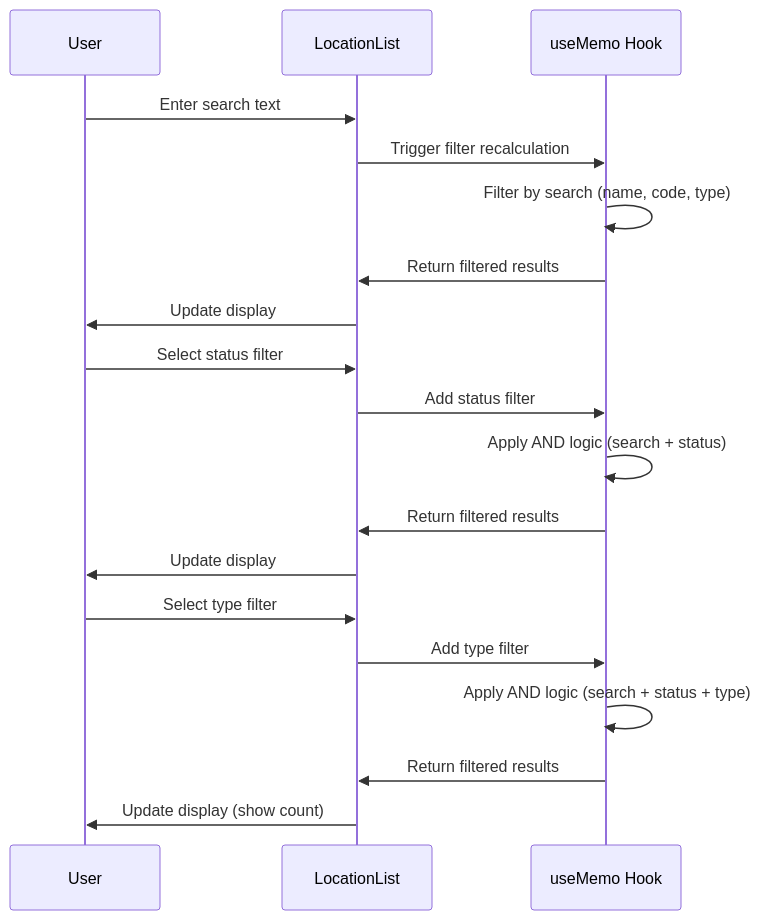
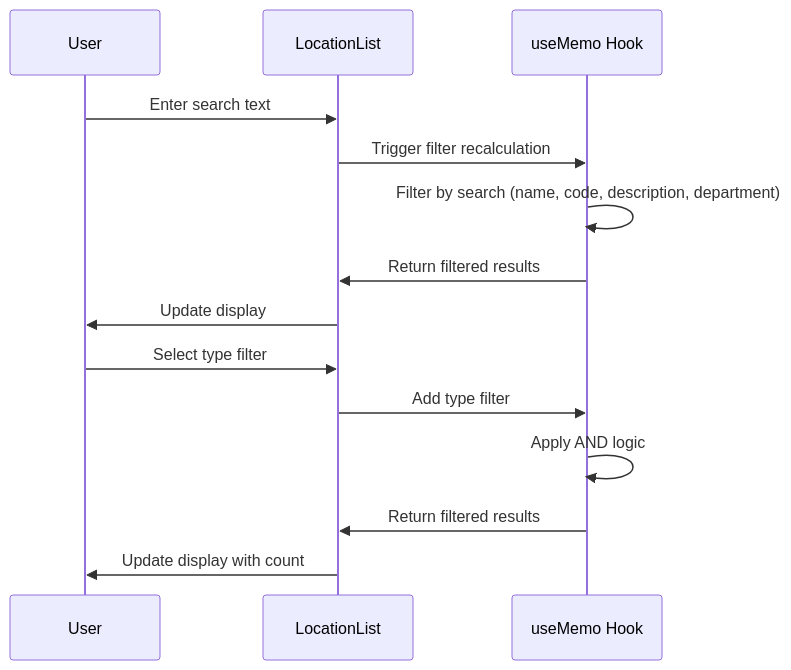
Before and after one commit to CarmenSoftware-organization/carmen: the sixth of 6 diagrams in docs/app/system-administration/location-management/TS-location-management.md, drawn with Mermaid. The commit also changed other lines of this file and 1788 other files, not shown here.

````diff
--- a/docs/app/system-administration/location-management/TS-location-management.md
+++ b/docs/app/system-administration/location-management/TS-location-management.md
@@ -499,24 +444,18 @@
 ```mermaid
 sequenceDiagram
     participant U as User
     participant L as LocationList
     participant M as useMemo Hook
 
     U->>L: Enter search text
     L->>M: Trigger filter recalculation
-    M->>M: Filter by search (name, code, type)
-    M->>L: Return filtered results
-    L->>U: Update display
-
-    U->>L: Select status filter
-    L->>M: Add status filter
-    M->>M: Apply AND logic (search + status)
+    M->>M: Filter by search (name, code, description, department)
     M->>L: Return filtered results
     L->>U: Update display
 
     U->>L: Select type filter
     L->>M: Add type filter
-    M->>M: Apply AND logic (search + status + type)
+    M->>M: Apply AND logic
     M->>L: Return filtered results
-    L->>U: Update display (show count)
+    L->>U: Update display with count
 ```
````
